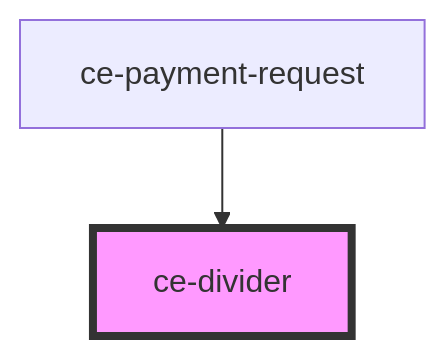
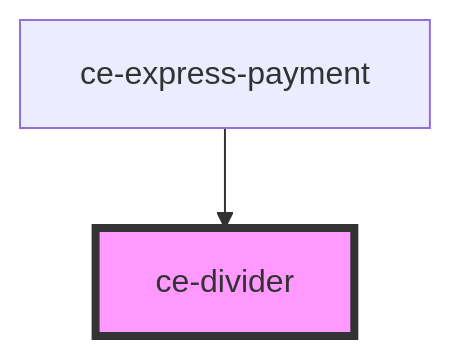
Before and after one commit to surecart/surecart-wp-plugin: the diagram in packages/components/src/components/ui/divider/readme.md, drawn with Mermaid. The commit also changed other lines of this file and 59 other files, not shown here.

````diff
--- a/packages/components/src/components/ui/divider/readme.md
+++ b/packages/components/src/components/ui/divider/readme.md
@@ -24,5 +24,5 @@
 ```mermaid
 graph TD;
-  ce-payment-request --> ce-divider
+  ce-express-payment --> ce-divider
   style ce-divider fill:#f9f,stroke:#333,stroke-width:4px
 ```
````
